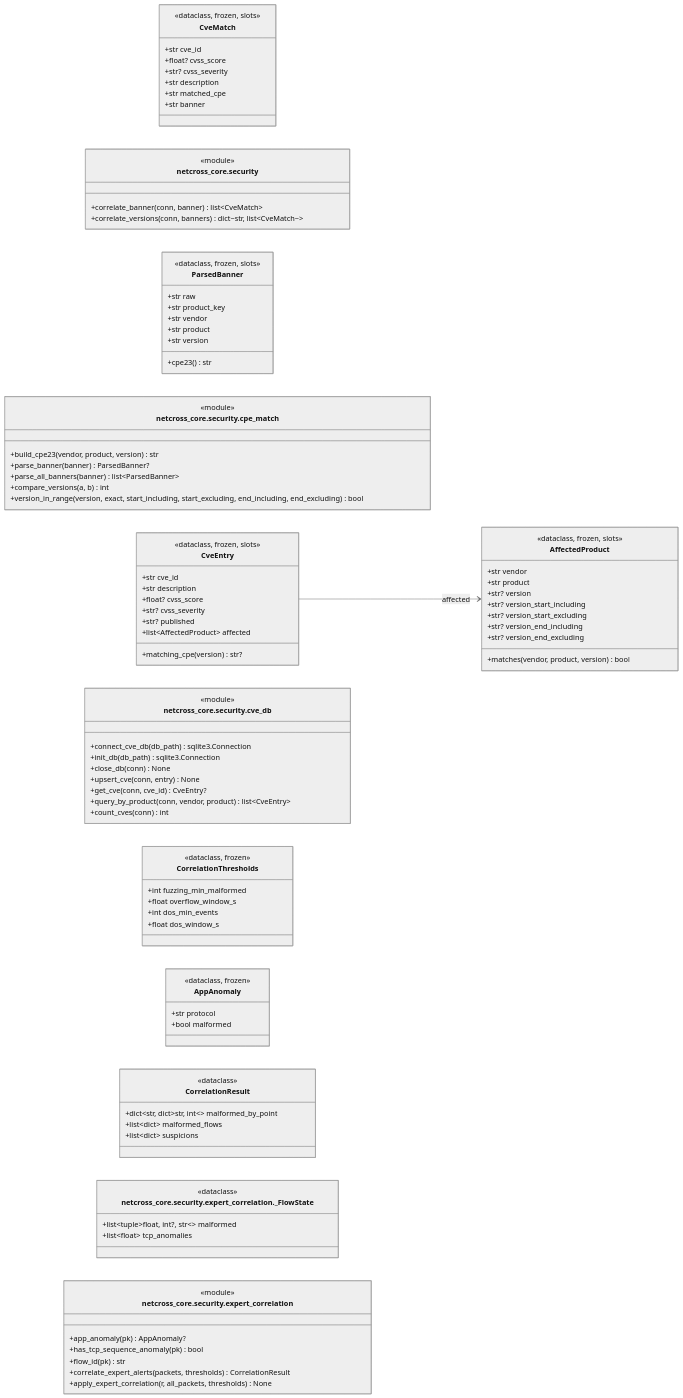
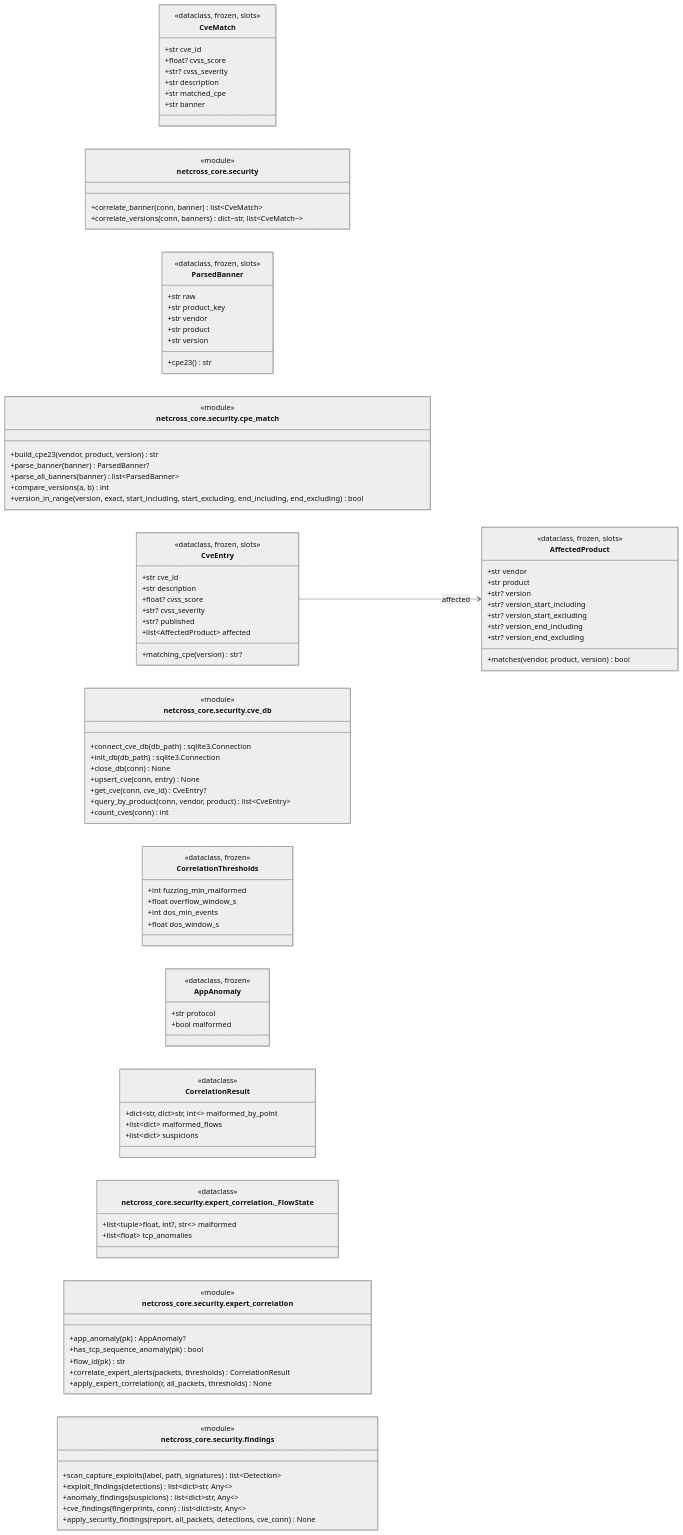
The sixth of 10 diagrams in docs/class-diagram.md (MathildeDec/Netcross), drawn with Mermaid (neutral theme) before and after one commit. The commit also changed other lines of this file and 1 other file, not shown here.

Commit message:
Cablage CLI de --security-report/--cve-db (issue #139) : piece manquante du commit precedent
Les tests du commit precedent decrivaient le contrat CLI (--cve-db
necessite --security-report, refus avec --live/--redact/--merge/--split/
--replay, base CVE introuvable refusee au lieu de creer une base vide,
scan par fichier, rapport consolide apres le rapport principal) mais le
cabetage lui-meme manquait : 7 tests echouaient.

- cross_capture_analyzer_cli.py : options --security-report/--cve-db,
  validations (charge utile brute relue depuis --capture comme --tls,
  jamais --live, jamais apres --redact), scan_capture_exploits par
  fichier (compteur par capture affiche), apply_security_findings +
  print_security_report apres print_report, connexion CVE fermee en
  fin d'analyse, absence de --cve-db signalee explicitement.
- docs/class-diagram.md regenere (src/netcross_core/security/findings.py).

````diff
--- a/docs/class-diagram.md
+++ b/docs/class-diagram.md
@@ -1543,6 +1544,16 @@
         +apply_expert_correlation(r, all_packets, thresholds) None
     }
 
+    %% ===== netcross_core.security.findings =====
+    class mod_netcross_core_security_findings["netcross_core.security.findings"] {
+        <<module>>
+        +scan_capture_exploits(label, path, signatures) list~Detection~
+        +exploit_findings(detections) list~dict~str, Any~~
+        +anomaly_findings(suspicions) list~dict~str, Any~~
+        +cve_findings(fingerprints, conn) list~dict~str, Any~~
+        +apply_security_findings(report, all_packets, detections, cve_conn) None
+    }
+
     %% ===== relations =====
     CveEntry --> AffectedProduct : affected
 ```
````
